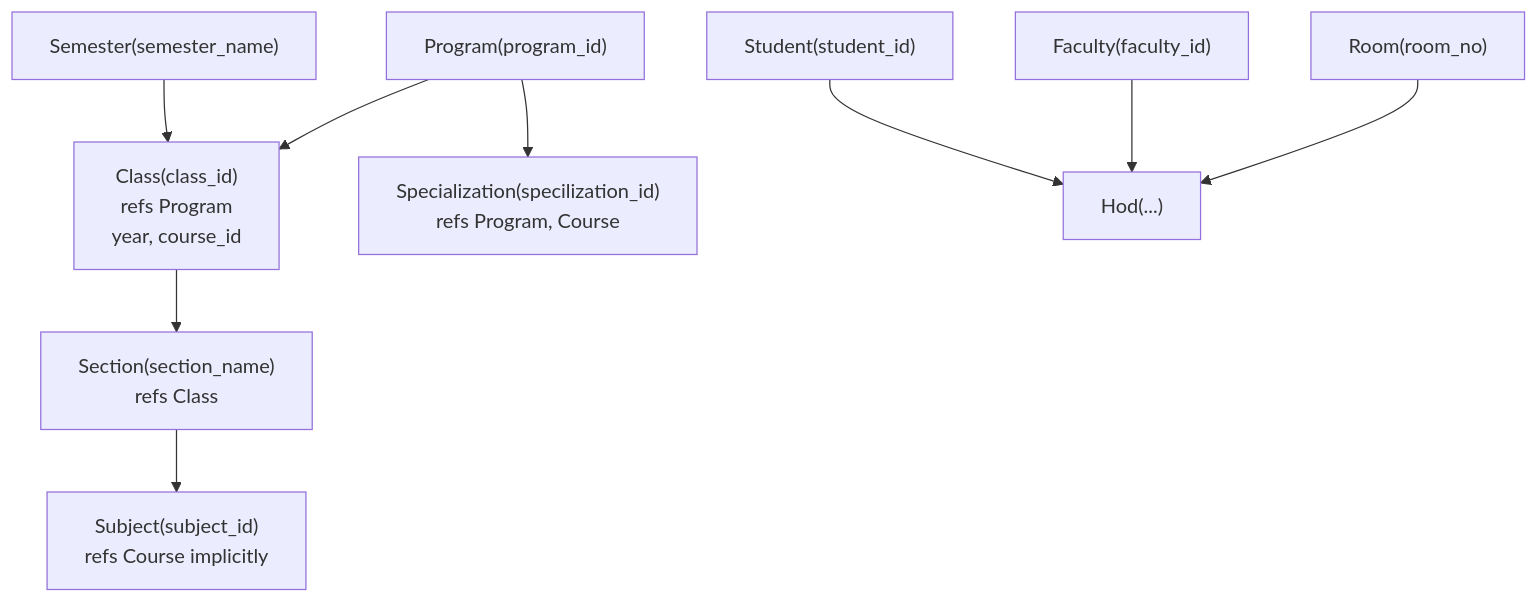
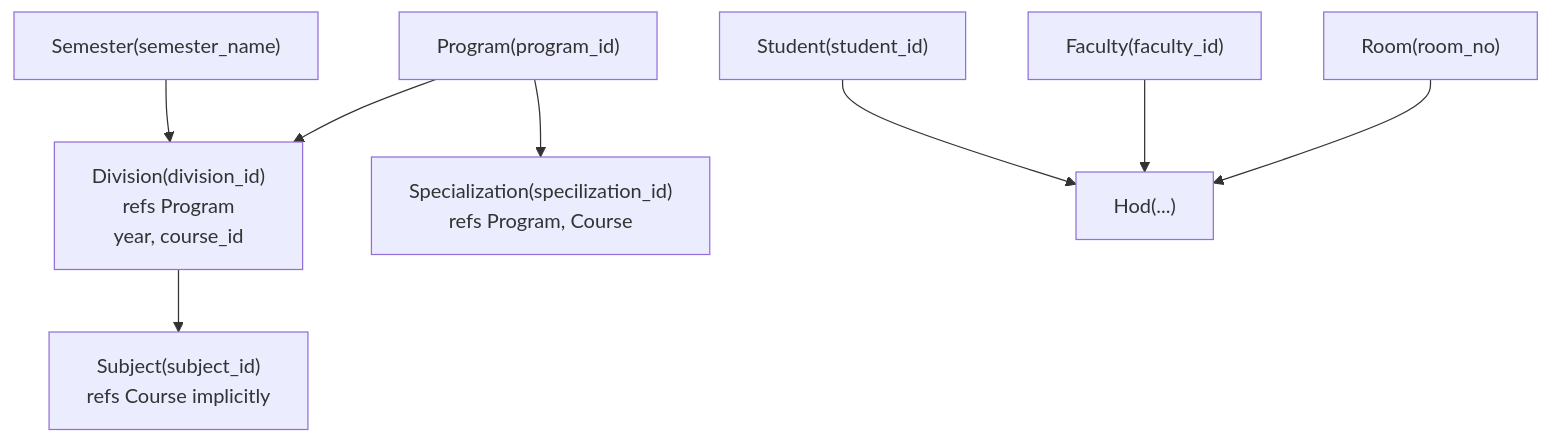
One commit to Aryan9060/Timetable-Project changed the fifth of 6 diagrams in .qoder/repowiki/en/content/Data Models & Database Schema/Database Relationships & Constraints.md. Above: the diagram before and after it, drawn with Mermaid. The commit also changed other lines of this file and 22 other files, not shown here.

````diff
--- a/.qoder/repowiki/en/content/Data Models & Database Schema/Database Relationships & Constraints.md
+++ b/.qoder/repowiki/en/content/Data Models & Database Schema/Database Relationships & Constraints.md
@@ -299,11 +313,10 @@
 ```mermaid
 flowchart TD
-P["Program(program_id)"] --> C["Class(class_id)<br/>refs Program<br/>year, course_id"]
-C --> S["Section(section_name)<br/>refs Class"]
-S --> Sub["Subject(subject_id)<br/>refs Course implicitly"]
+P["Program(program_id)"] --> D["Division(division_id)<br/>refs Program<br/>year, course_id"]
+D --> S["Subject(subject_id)<br/>refs Course implicitly"]
 P --> Sp["Specialization(specilization_id)<br/>refs Program, Course"]
-Sem["Semester(semester_name)"] --> C
+Sem["Semester(semester_name)"] --> D
 R["Room(room_no)"] --> H["Hod(...)"]
 F["Faculty(faculty_id)"] --> H
 St["Student(student_id)"] --> H
 ```
````
